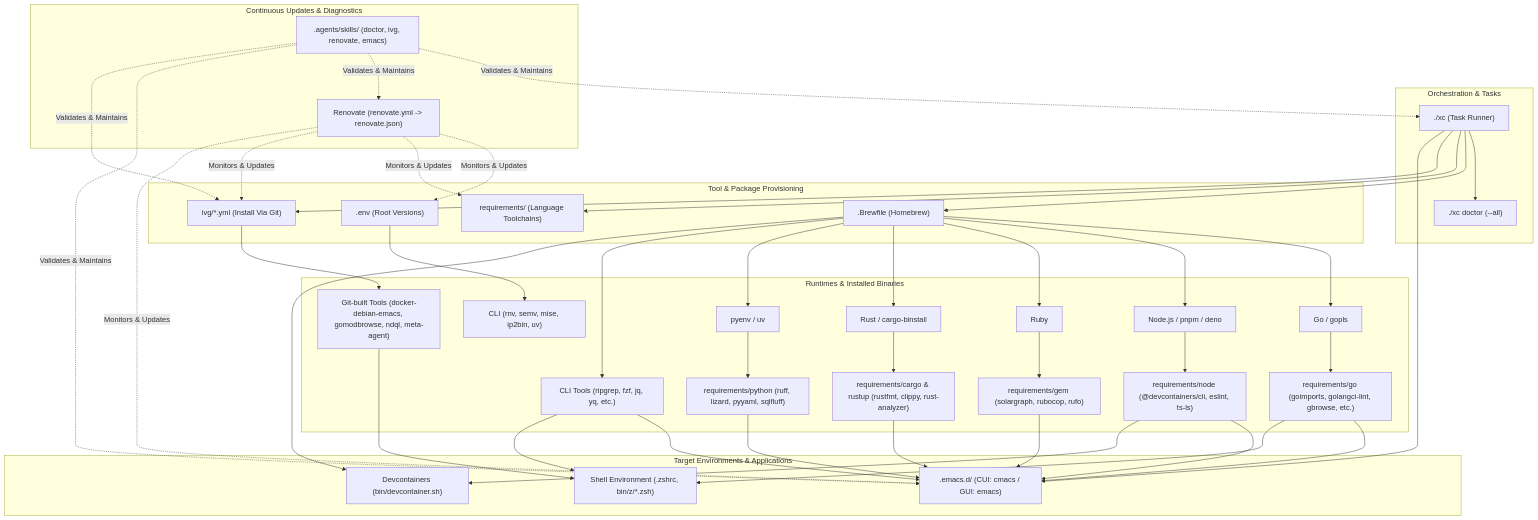
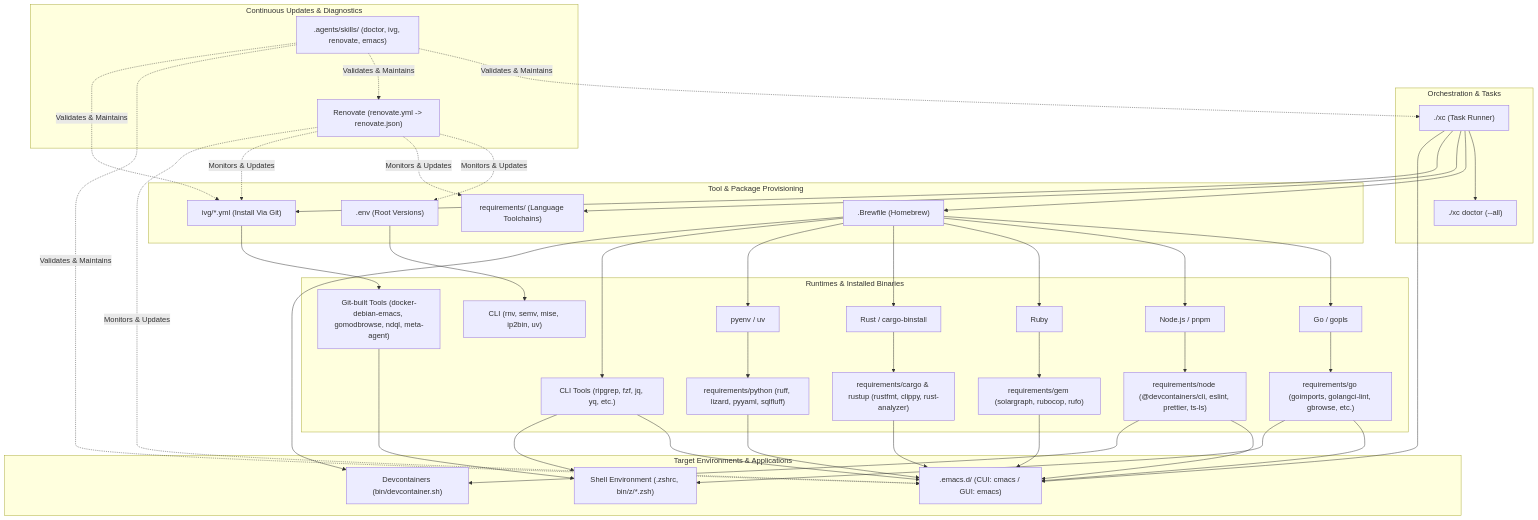
The diagram in AGENTS.md (berquerant/pdotfiles), drawn with Mermaid before and after one commit. The commit also changed 12 other files, not shown here.

````diff
--- a/AGENTS.md
+++ b/AGENTS.md
@@ -27,75 +27,75 @@
 ```mermaid
 graph TD
     subgraph Orchestration ["Orchestration & Tasks"]
         XC["./xc (Task Runner)"]
         DOC["./xc doctor (--all)"]
     end
 
     subgraph Provisioning ["Tool & Package Provisioning"]
         BREW[".Brewfile (Homebrew)"]
         ENV[".env (Root Versions)"]
         REQ["requirements/ (Language Toolchains)"]
         IVG["ivg/*.yml (Install Via Git)"]
     end
 
     subgraph Runtimes ["Runtimes & Installed Binaries"]
         BREW --> RUN_GO["Go / gopls"]
-        BREW --> RUN_NODE["Node.js / pnpm / deno"]
+        BREW --> RUN_NODE["Node.js / pnpm"]
         BREW --> RUN_RUBY["Ruby"]
         BREW --> RUN_RUST["Rust / cargo-binstall"]
         BREW --> RUN_PY["pyenv / uv"]
         BREW --> CLI_UTILS["CLI Tools (ripgrep, fzf, jq, yq, etc.)"]
 
         ENV --> ROOT_TOOLS["CLI (rnv, semv, mise, ip2bin, uv)"]
         
         RUN_GO --> REQ_GO["requirements/go (goimports, golangci-lint, gbrowse, etc.)"]
-        RUN_NODE --> REQ_NODE["requirements/node (@devcontainers/cli, eslint, ts-ls)"]
+        RUN_NODE --> REQ_NODE["requirements/node (@devcontainers/cli, eslint, prettier, ts-ls)"]
         RUN_RUBY --> REQ_GEM["requirements/gem (solargraph, rubocop, rufo)"]
         RUN_RUST --> REQ_RUST["requirements/cargo & rustup (rustfmt, clippy, rust-analyzer)"]
         RUN_PY --> REQ_PY["requirements/python (ruff, lizard, pyyaml, sqlfluff)"]
         
         IVG --> IVG_TOOLS["Git-built Tools (docker-debian-emacs, gomodbrowse, ndql, meta-agent)"]
     end
 
     subgraph Consumers ["Target Environments & Applications"]
         EMACS[".emacs.d/ (CUI: cmacs / GUI: emacs)"]
         SHELL["Shell Environment (.zshrc, bin/z/*.zsh)"]
         DEVCONT["Devcontainers (bin/devcontainer.sh)"]
     end
 
     subgraph Automation ["Continuous Updates & Diagnostics"]
         RENOVATE["Renovate (renovate.yml -> renovate.json)"]
         SKILLS[".agents/skills/ (doctor, ivg, renovate, emacs)"]
     end
 
     %% Dependency links to consumers
     REQ_GO --> EMACS
     REQ_NODE --> EMACS
     REQ_GEM --> EMACS
     REQ_RUST --> EMACS
     REQ_PY --> EMACS
     CLI_UTILS --> EMACS
     
     CLI_UTILS --> SHELL
     REQ_GO --> SHELL
     IVG_TOOLS --> SHELL
     
     REQ_NODE --> DEVCONT
     BREW --> DEVCONT
 
     XC --> DOC
     XC --> BREW
     XC --> REQ
     XC --> IVG
     XC --> EMACS
     
     RENOVATE -.->|Monitors & Updates| ENV
     RENOVATE -.->|Monitors & Updates| REQ
     RENOVATE -.->|Monitors & Updates| IVG
     RENOVATE -.->|Monitors & Updates| EMACS
 
     SKILLS -.->|Validates & Maintains| XC
     SKILLS -.->|Validates & Maintains| RENOVATE
     SKILLS -.->|Validates & Maintains| EMACS
     SKILLS -.->|Validates & Maintains| IVG
 ```
````
